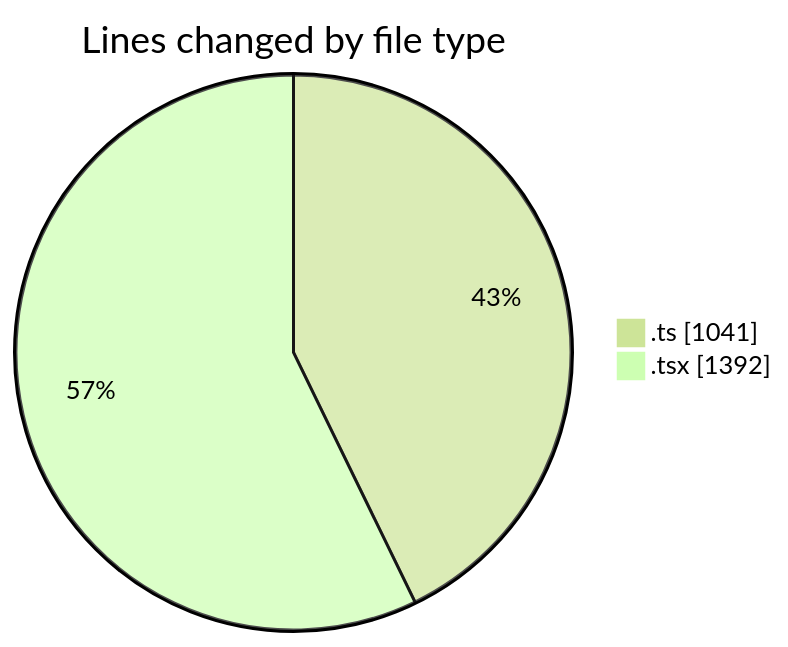
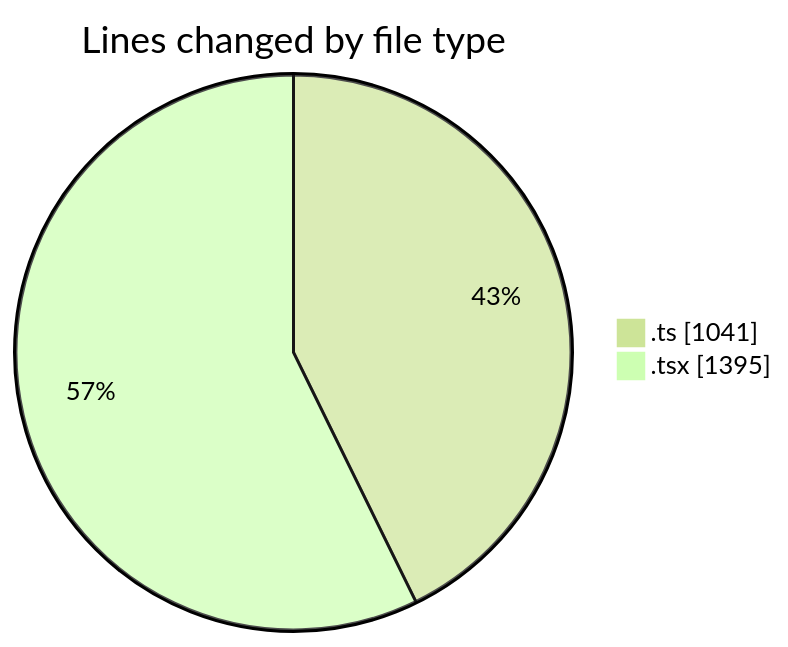
The first of 2 diagrams in 2025-09-02/cda/README.md (momahboobian/code-tracking), drawn with Mermaid (forest theme) before and after one commit. The commit also changed other lines of this file and 1 other file, not shown here.

````diff
--- a/2025-09-02/cda/README.md
+++ b/2025-09-02/cda/README.md
@@ -28,6 +28,6 @@
 ```mermaid
 pie showData
 title Lines changed by file type
 ".ts" : 1041
-".tsx" : 1392
+".tsx" : 1395
 ```
````
